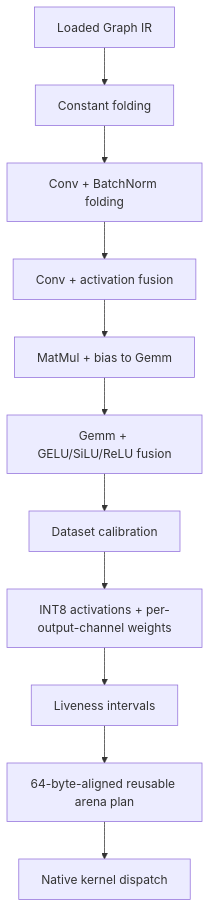
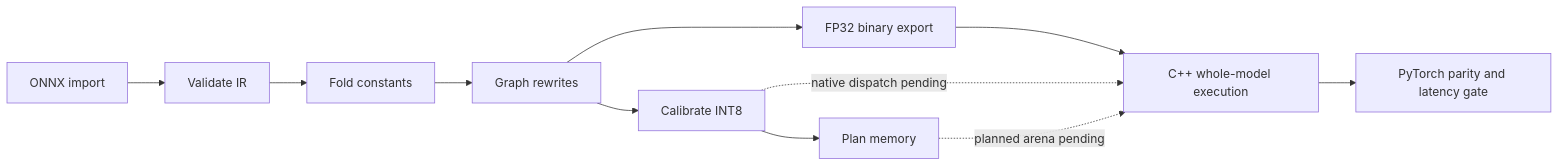
One commit to Nbit-51/Leaf changed the second of 2 diagrams in README.md. Above: the diagram before and after it, drawn with Mermaid. The commit also changed other lines of this file and 16 other files, not shown here.

````diff
--- a/README.md
+++ b/README.md
@@ -42,13 +93,13 @@
 ```mermaid
-flowchart TD
-    A[Loaded Graph IR] --> B[Constant folding]
-    B --> C[Conv + BatchNorm folding]
-    C --> D[Conv + activation fusion]
-    D --> E[MatMul + bias to Gemm]
-    E --> F[Gemm + GELU/SiLU/ReLU fusion]
-    F --> G[Dataset calibration]
-    G --> H[INT8 activations + per-output-channel weights]
-    H --> I[Liveness intervals]
-    I --> J[64-byte-aligned reusable arena plan]
-    J --> K[Native kernel dispatch]
+flowchart LR
+    A[ONNX import] --> B[Validate IR]
+    B --> C[Fold constants]
+    C --> D[Graph rewrites]
+    D --> E[Calibrate INT8]
+    E --> F[Plan memory]
+    D --> G[FP32 binary export]
+    G --> H[C++ whole-model execution]
+    E -. native dispatch pending .-> H
+    F -. planned arena pending .-> H
+    H --> I[PyTorch parity and latency gate]
 ```
````
